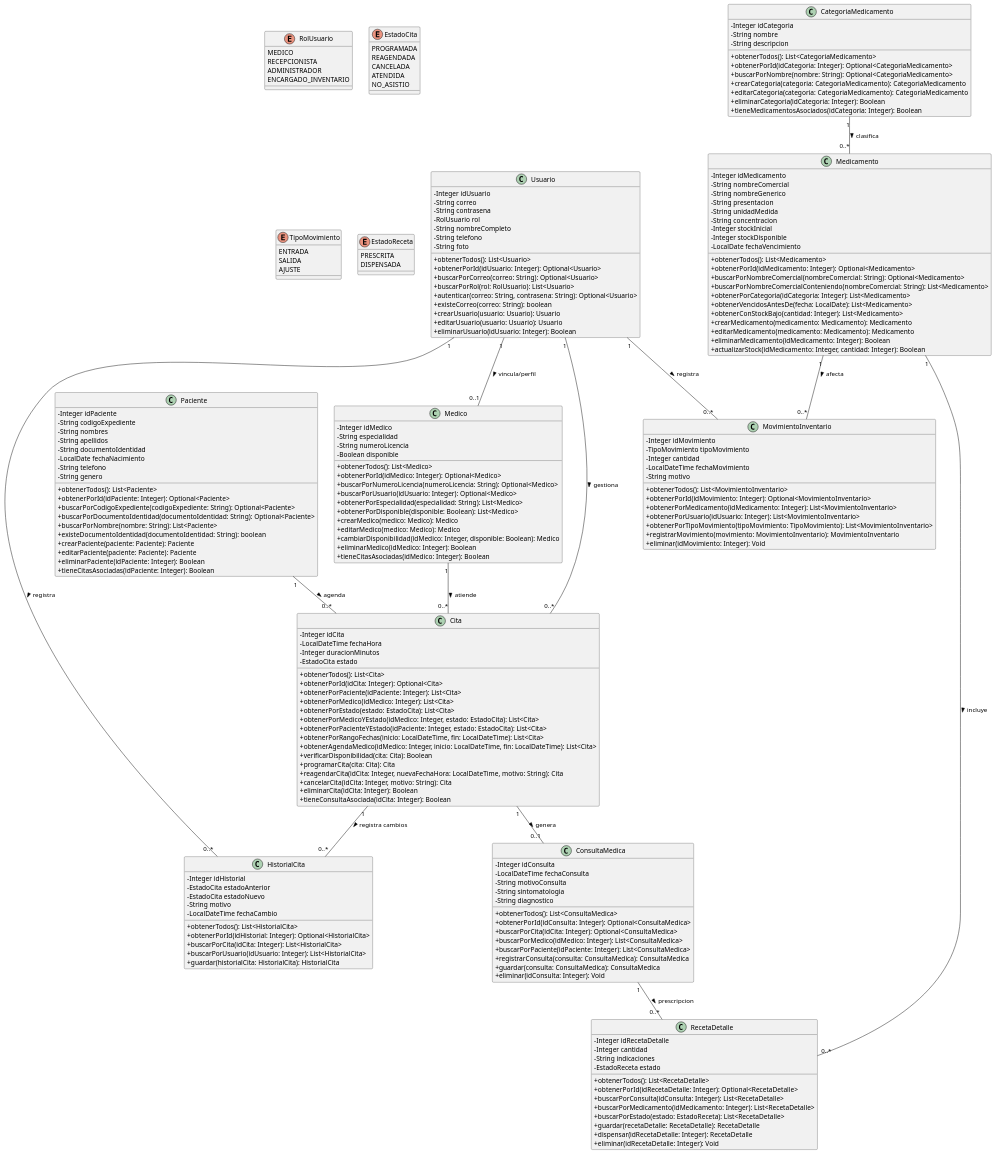
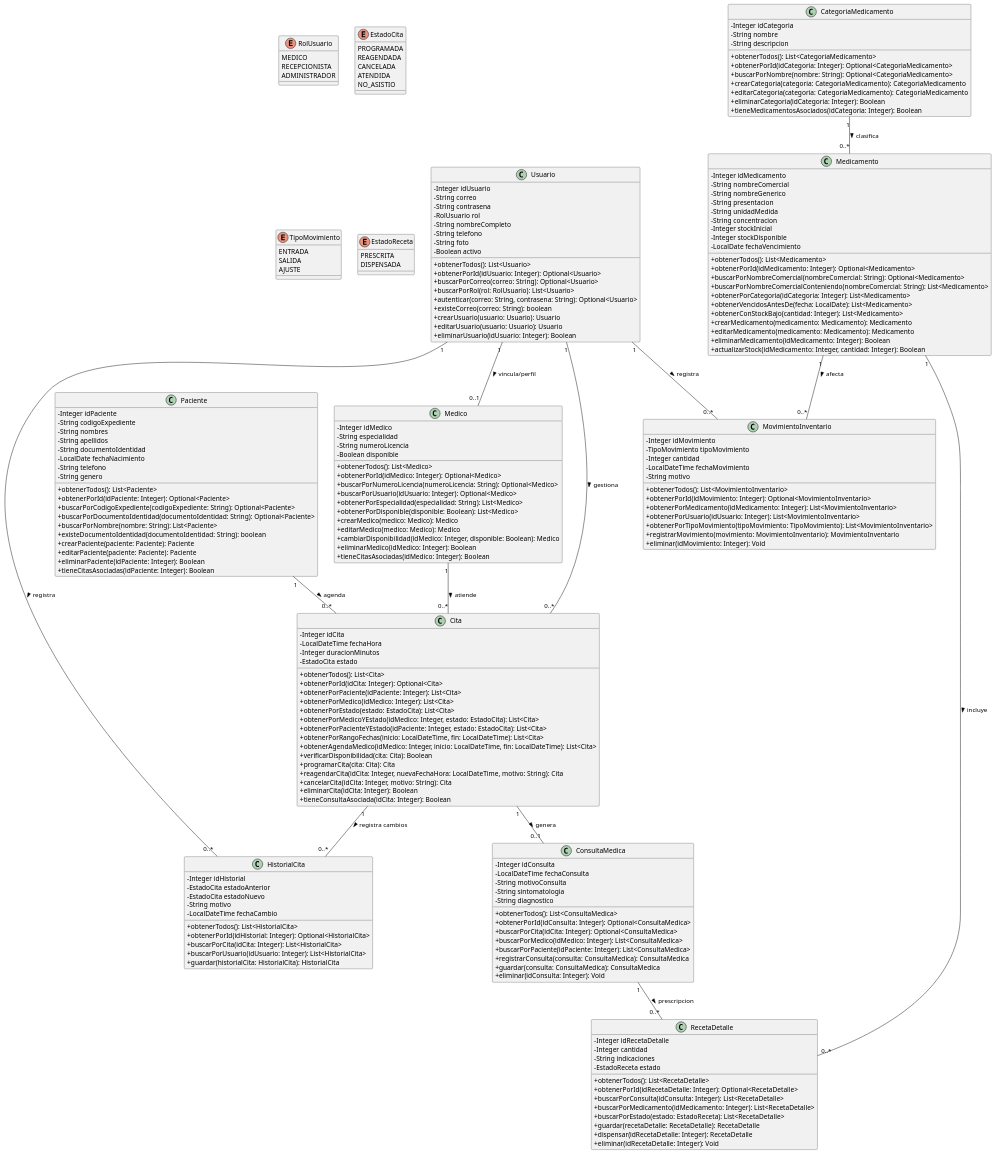
One commit to SaulOrlando/Medic-_clinic_care changed the diagram in src/diagramas/clases.puml. Above: the diagram before and after it, drawn with PlantUML. The commit also changed 4 other files, not shown here.

Commit message:
Se modificaron los diagramas

```diff
--- a/src/diagramas/clases.puml
+++ b/src/diagramas/clases.puml
@@ -6,7 +6,6 @@
   MEDICO
   RECEPCIONISTA
   ADMINISTRADOR
-  ENCARGADO_INVENTARIO
 }
 
 enum EstadoCita {
@@ -37,6 +36,7 @@
   - String nombreCompleto
   - String telefono
   - String foto
+  - Boolean activo
   + obtenerTodos(): List<Usuario>
   + obtenerPorId(idUsuario: Integer): Optional<Usuario>
   + buscarPorCorreo(correo: String): Optional<Usuario>
```
